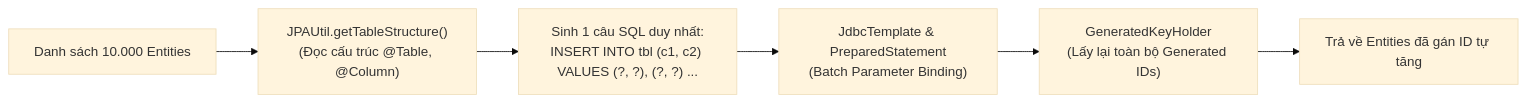
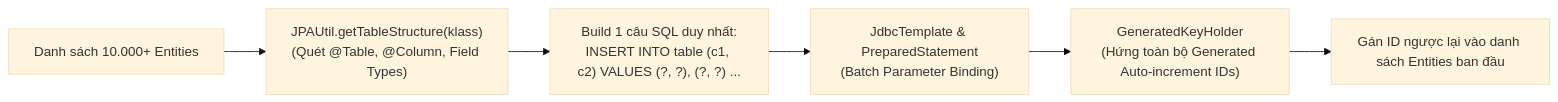
One commit to TienDat-Vna/note_book changed the eighth of 8 diagrams in 02_BASE_AND_CONFIG_ARCHITECTURE_ANALYSIS.md. Above: the diagram before and after it, drawn with Mermaid (base theme). The commit also changed other lines of this file and 93 other files, not shown here.

````diff
--- a/02_BASE_AND_CONFIG_ARCHITECTURE_ANALYSIS.md
+++ b/02_BASE_AND_CONFIG_ARCHITECTURE_ANALYSIS.md
@@ -300,8 +479,8 @@
 ```mermaid
 flowchart LR
-    Entities["Danh sách 10.000 Entities"] --> Inspect["JPAUtil.getTableStructure()<br/>(Đọc cấu trúc @Table, @Column)"]
-    Inspect --> SQLGen["Sinh 1 câu SQL duy nhất:<br/>INSERT INTO tbl (c1, c2) VALUES (?, ?), (?, ?) ..."]
+    Entities["Danh sách 10.000+ Entities"] --> Inspect["JPAUtil.getTableStructure(klass)<br/>(Quét @Table, @Column, Field Types)"]
+    Inspect --> SQLGen["Build 1 câu SQL duy nhất:<br/>INSERT INTO table (c1, c2) VALUES (?, ?), (?, ?) ..."]
     SQLGen --> RawJDBC["JdbcTemplate & PreparedStatement<br/>(Batch Parameter Binding)"]
-    RawJDBC --> KeyHolder["GeneratedKeyHolder<br/>(Lấy lại toàn bộ Generated IDs)"]
-    KeyHolder --> Out["Trả về Entities đã gán ID tự tăng"]
+    RawJDBC --> KeyHolder["GeneratedKeyHolder<br/>(Hứng toàn bộ Generated Auto-increment IDs)"]
+    KeyHolder --> Out["Gán ID ngược lại vào danh sách Entities ban đầu"]
 ```
````
